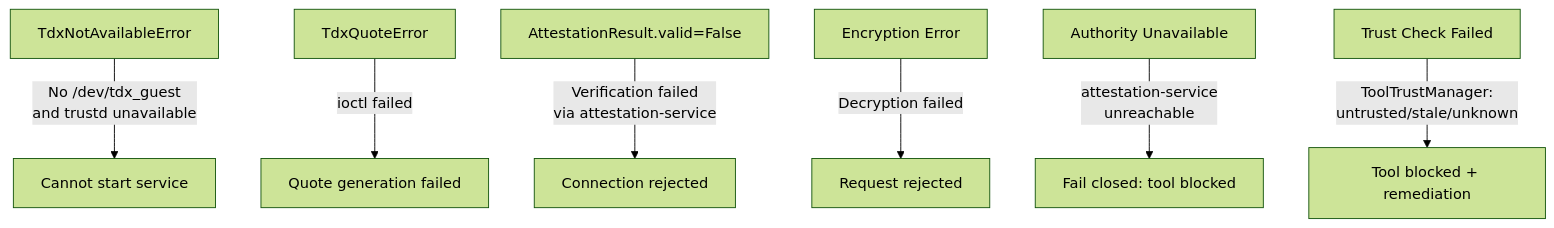
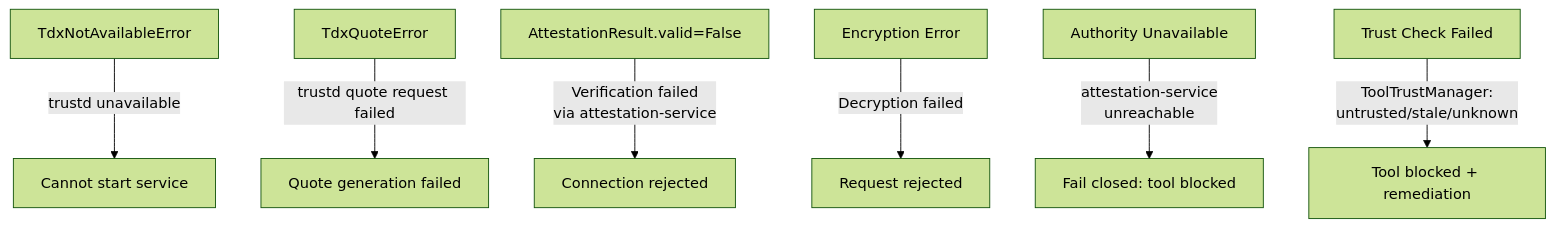
Before and after one commit to jc-su/python-sdk: diagram 11 of 11 in docs/TEE_MCP_PROTOCOL.md, drawn with Mermaid (forest theme). The commit also changed other lines of this file and 51 other files, not shown here.

````diff
--- a/docs/TEE_MCP_PROTOCOL.md
+++ b/docs/TEE_MCP_PROTOCOL.md
@@ -1075,16 +1015,16 @@
 ```mermaid
 flowchart TB
     E1[TdxNotAvailableError]
     E2[TdxQuoteError]
     E3[AttestationResult.valid=False]
     E4[Encryption Error]
     E5[Authority Unavailable]
     E6[Trust Check Failed]
 
-    E1 -->|"No /dev/tdx_guest<br/>and trustd unavailable"| FAIL1[Cannot start service]
-    E2 -->|"ioctl failed"| FAIL2[Quote generation failed]
+    E1 -->|"trustd unavailable"| FAIL1[Cannot start service]
+    E2 -->|"trustd quote request failed"| FAIL2[Quote generation failed]
     E3 -->|"Verification failed<br/>via attestation-service"| FAIL3[Connection rejected]
     E4 -->|"Decryption failed"| FAIL4[Request rejected]
     E5 -->|"attestation-service<br/>unreachable"| FAIL5[Fail closed: tool blocked]
     E6 -->|"ToolTrustManager:<br/>untrusted/stale/unknown"| FAIL6[Tool blocked + remediation]
 ```
````
